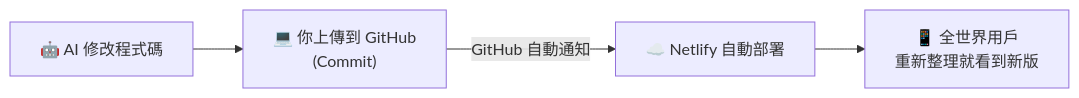
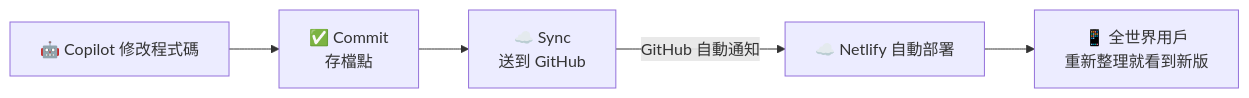
Before and after one commit to cychiang-ntpu/VibeNTPU: the diagram in docs/tutorials/cicd.md, drawn with Mermaid. The commit also changed other lines of this file and 37 other files, not shown here.

First line of the commit message:
Switch workflow to VS Code + GitHub Copilot; add social-media SaaS architecture

````diff
--- a/docs/tutorials/cicd.md
+++ b/docs/tutorials/cicd.md
@@ -14,6 +14,6 @@
 ```mermaid
 flowchart LR
-    A["🤖 AI 修改程式碼"] --> B["💻 你上傳到 GitHub<br/>(Commit)"]
+    A["🤖 Copilot 修改程式碼"] --> A2["✅ Commit<br/>存檔點"] --> B["☁️ Sync<br/>送到 GitHub"]
     B -- "GitHub 自動通知" --> C["☁️ Netlify 自動部署"]
     C --> D["📱 全世界用戶<br/>重新整理就看到新版"]
 ```
````
